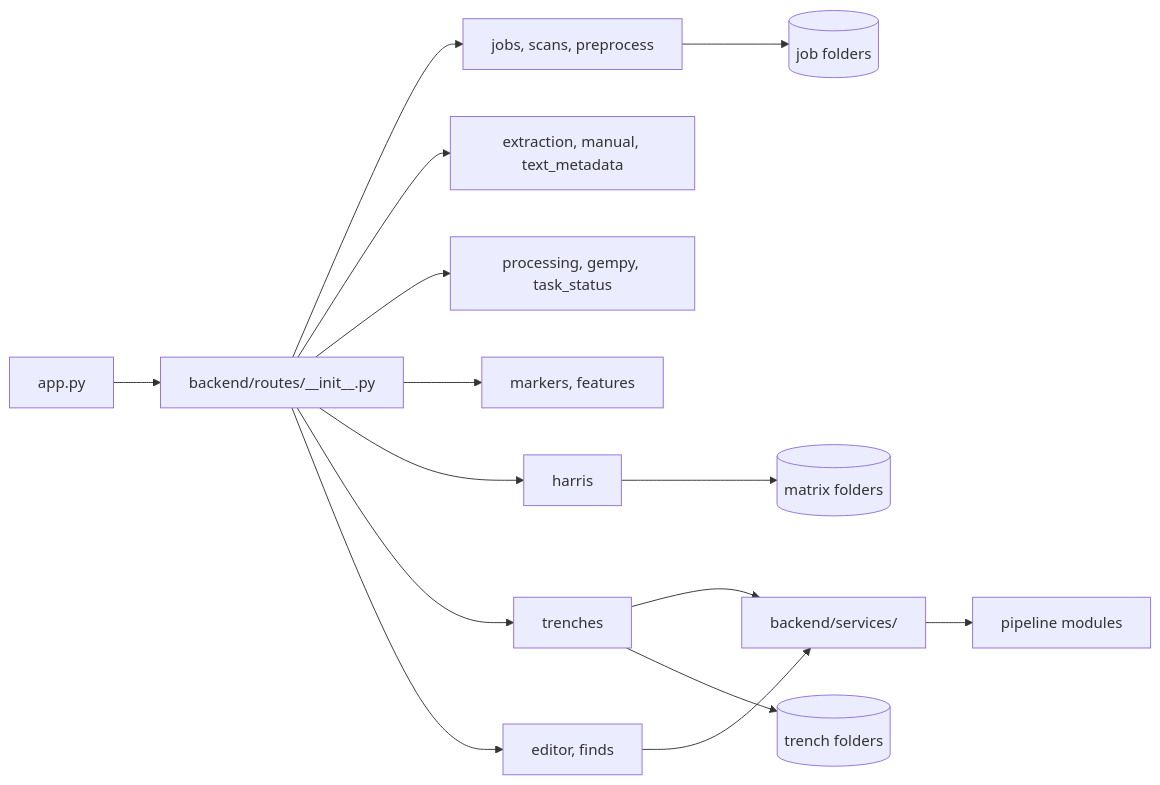
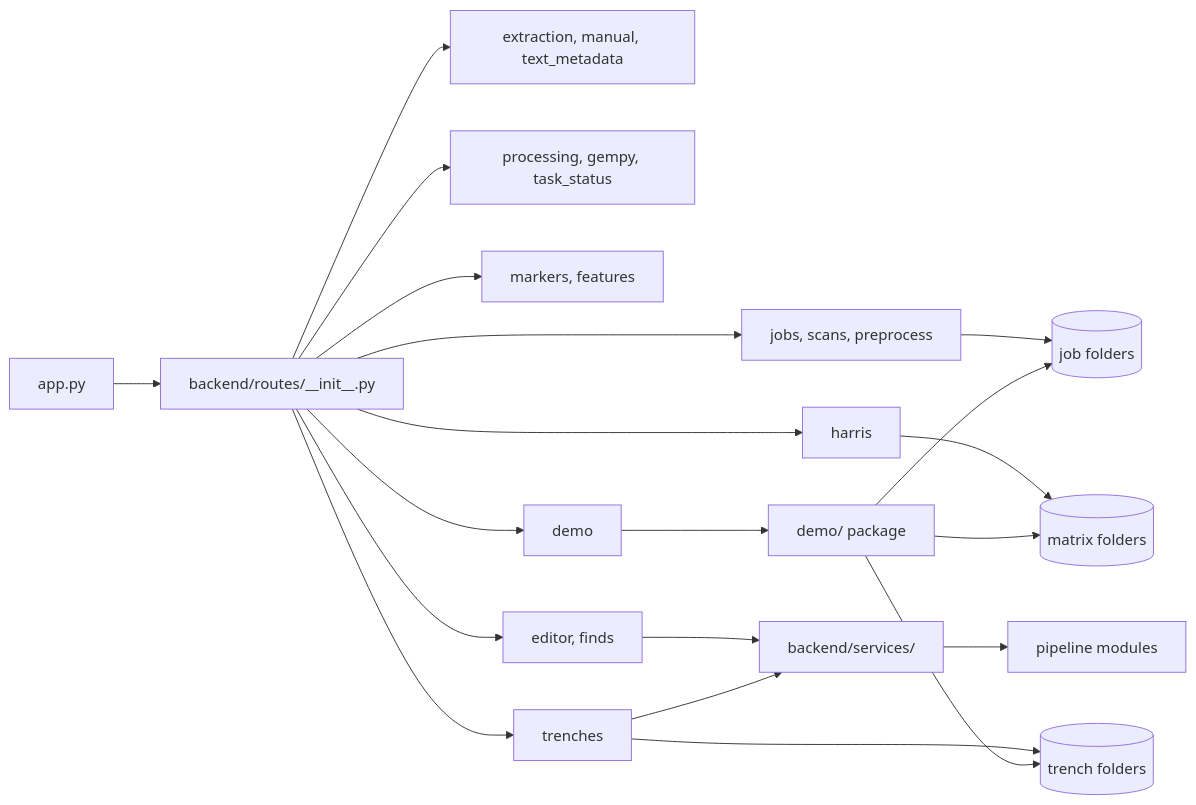
The diagram in docs/architecture/backend.md (jennarbates/StratigraphyGenerator), drawn with Mermaid before and after one commit. The commit also changed other lines of this file and 202 other files, not shown here.

````diff
--- a/docs/architecture/backend.md
+++ b/docs/architecture/backend.md
@@ -25,17 +26,22 @@
 ```mermaid
 flowchart LR
   App[app.py] --> Reg[backend/routes/__init__.py]
   Reg --> J[jobs, scans, preprocess]
   Reg --> X[extraction, manual, text_metadata]
   Reg --> P[processing, gempy, task_status]
   Reg --> M[markers, features]
   Reg --> H[harris]
   Reg --> T[trenches]
   Reg --> E[editor, finds]
+  Reg --> D[demo]
   E --> Svc[backend/services/]
   T --> Svc
   Svc --> Pipe[pipeline modules]
+  D --> Seed[demo/ package]
   J --> Store[(job folders)]
   H --> Mat[(matrix folders)]
   T --> Tr[(trench folders)]
+  Seed --> Store
+  Seed --> Tr
+  Seed --> Mat
 ```
````
